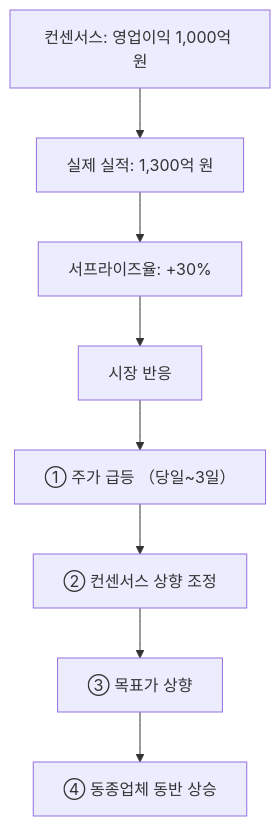
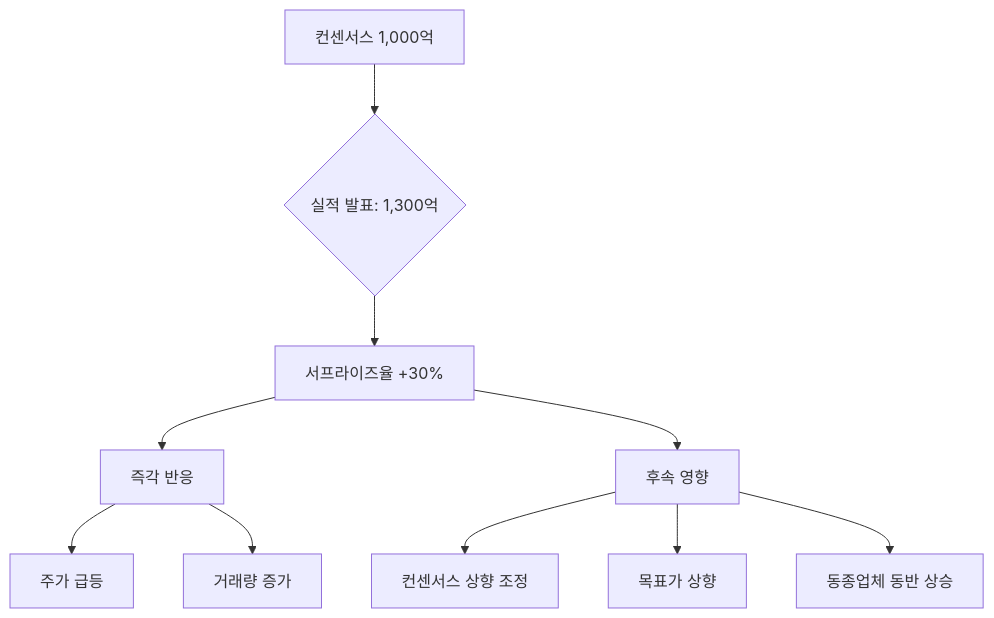
One commit to yeongseon/stock-visual-note changed the diagram in content/stock-terms/ko/level-08-industry-macro/earnings-surprise.md. Above: the diagram before and after it, drawn with Mermaid. The commit also changed other lines of this file and 96 other files, not shown here.

Commit message:
Rewrite all 98 remaining articles: branching Mermaid diagrams, natural search_intent, compelling seo_titles, clean descriptions

````diff
--- a/content/stock-terms/ko/level-08-industry-macro/earnings-surprise.md
+++ b/content/stock-terms/ko/level-08-industry-macro/earnings-surprise.md
@@ -42,18 +42,12 @@
 ```mermaid
 graph TD
-    A0["컨센서스: 영업이익 1,000억 원"]
-    A1["실제 실적: 1,300억 원"]
-    A2["서프라이즈율: +30%"]
-    A3["시장 반응"]
-    A4["① 주가 급등 （당일~3일）"]
-    A5["② 컨센서스 상향 조정"]
-    A6["③ 목표가 상향"]
-    A7["④ 동종업체 동반 상승"]
-    A0 --> A1
-    A1 --> A2
-    A2 --> A3
-    A3 --> A4
-    A4 --> A5
-    A5 --> A6
-    A6 --> A7
+    A["컨센서스 1,000억"] --> B{"실적 발표: 1,300억"}
+    B --> C["서프라이즈율 +30%"]
+    C --> D["즉각 반응"]
+    C --> E["후속 영향"]
+    D --> D1["주가 급등"]
+    D --> D2["거래량 증가"]
+    E --> E1["컨센서스 상향 조정"]
+    E --> E2["목표가 상향"]
+    E --> E3["동종업체 동반 상승"]
 ```
````
